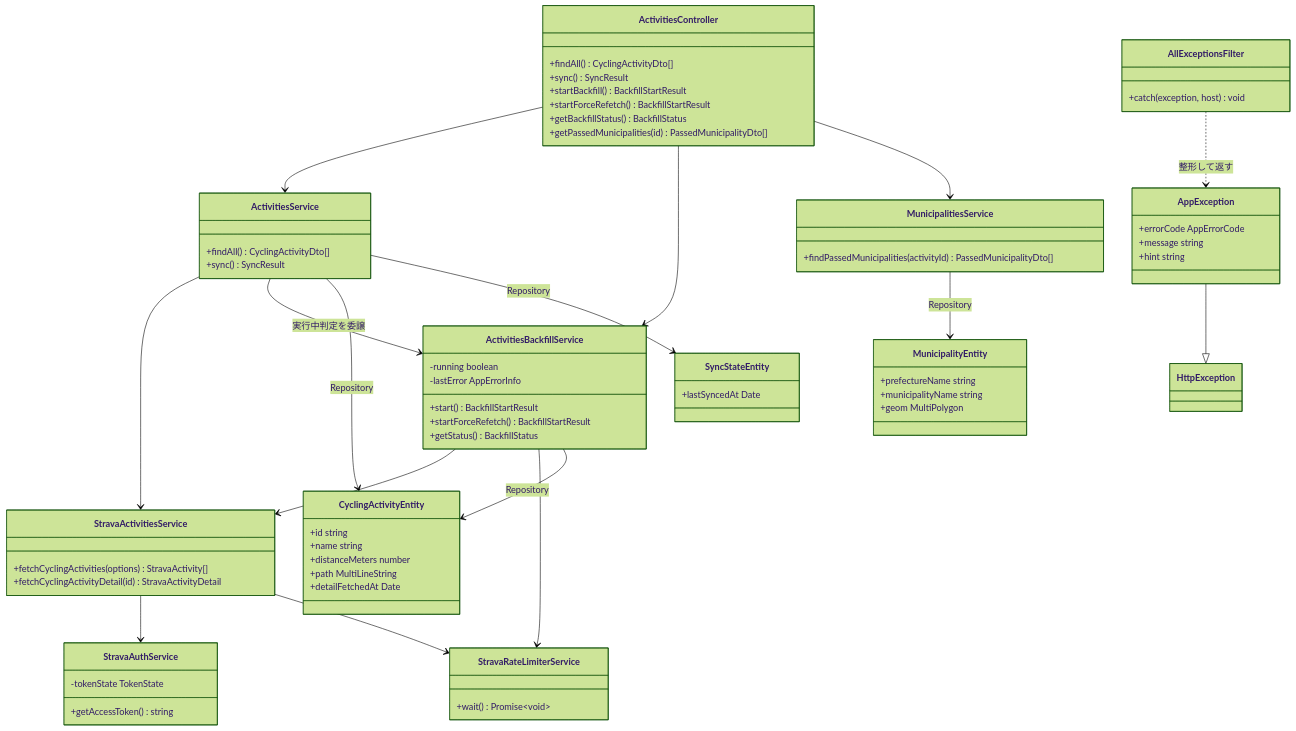
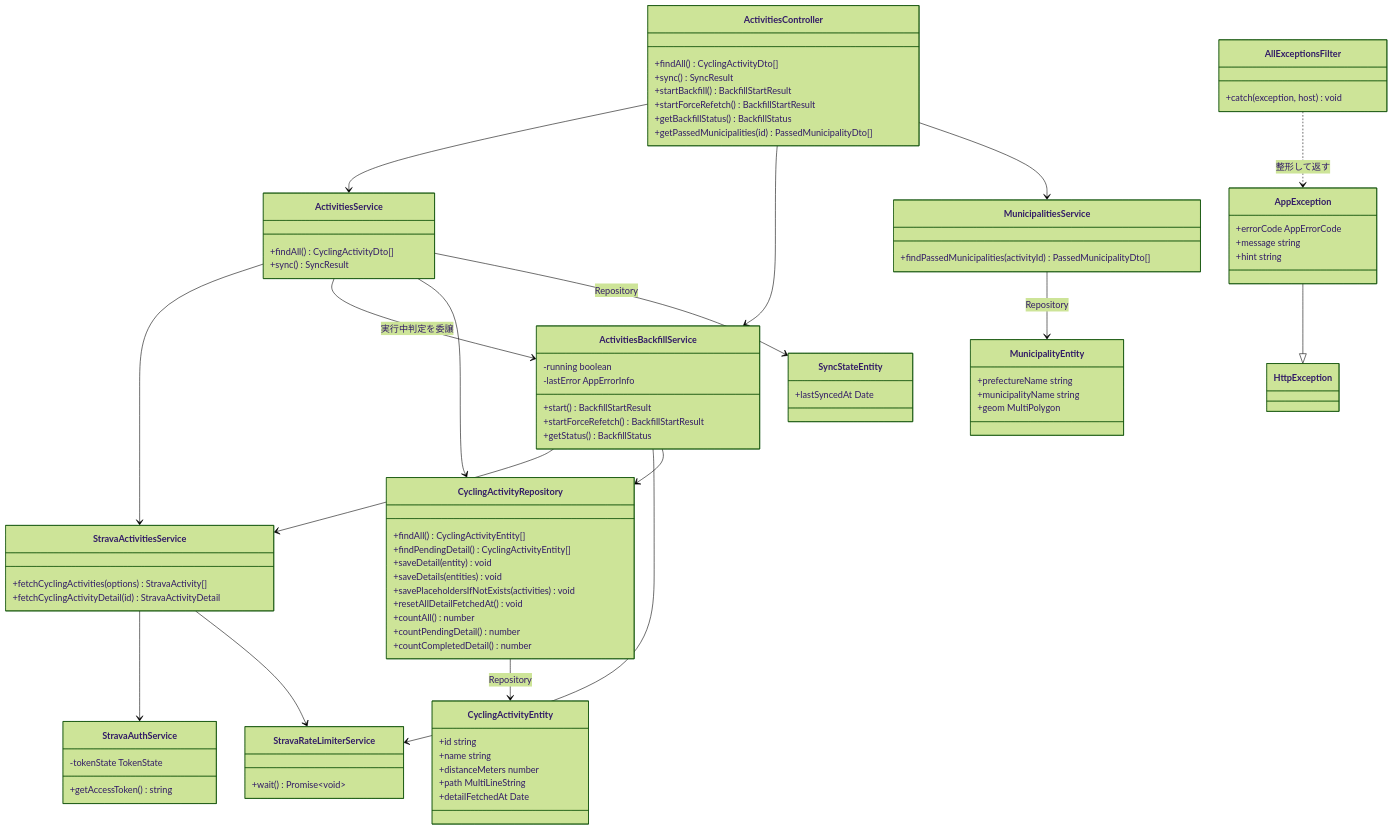
The first of 3 diagrams in designs/class_diagram.md (hyoiutu/geoInfo_viewer), drawn with Mermaid (forest theme) before and after one commit. The commit also changed other lines of this file and 8 other files, not shown here.

Commit message:
refactor: Issue #50対応としてActivitiesServiceとActivitiesBackfillServiceの共通DBアクセスをCyclingActivityRepositoryへ一本化

```diff
--- a/designs/class_diagram.md
+++ b/designs/class_diagram.md
@@ -41,6 +41,17 @@
     class MunicipalitiesService {
         +findPassedMunicipalities(activityId) PassedMunicipalityDto[]
     }
+    class CyclingActivityRepository {
+        +findAll() CyclingActivityEntity[]
+        +findPendingDetail() CyclingActivityEntity[]
+        +saveDetail(entity) void
+        +saveDetails(entities) void
+        +savePlaceholdersIfNotExists(activities) void
+        +resetAllDetailFetchedAt() void
+        +countAll() number
+        +countPendingDetail() number
+        +countCompletedDetail() number
+    }
     class CyclingActivityEntity {
         +id string
         +name string
@@ -72,11 +83,12 @@
     ActivitiesController --> MunicipalitiesService
     ActivitiesService --> StravaActivitiesService
     ActivitiesService --> ActivitiesBackfillService : 実行中判定を委譲
-    ActivitiesService --> CyclingActivityEntity : Repository
+    ActivitiesService --> CyclingActivityRepository
     ActivitiesService --> SyncStateEntity : Repository
     ActivitiesBackfillService --> StravaActivitiesService
     ActivitiesBackfillService --> StravaRateLimiterService
-    ActivitiesBackfillService --> CyclingActivityEntity : Repository
+    ActivitiesBackfillService --> CyclingActivityRepository
+    CyclingActivityRepository --> CyclingActivityEntity : Repository
     StravaActivitiesService --> StravaAuthService
     StravaActivitiesService --> StravaRateLimiterService
     MunicipalitiesService --> MunicipalityEntity : Repository
```
